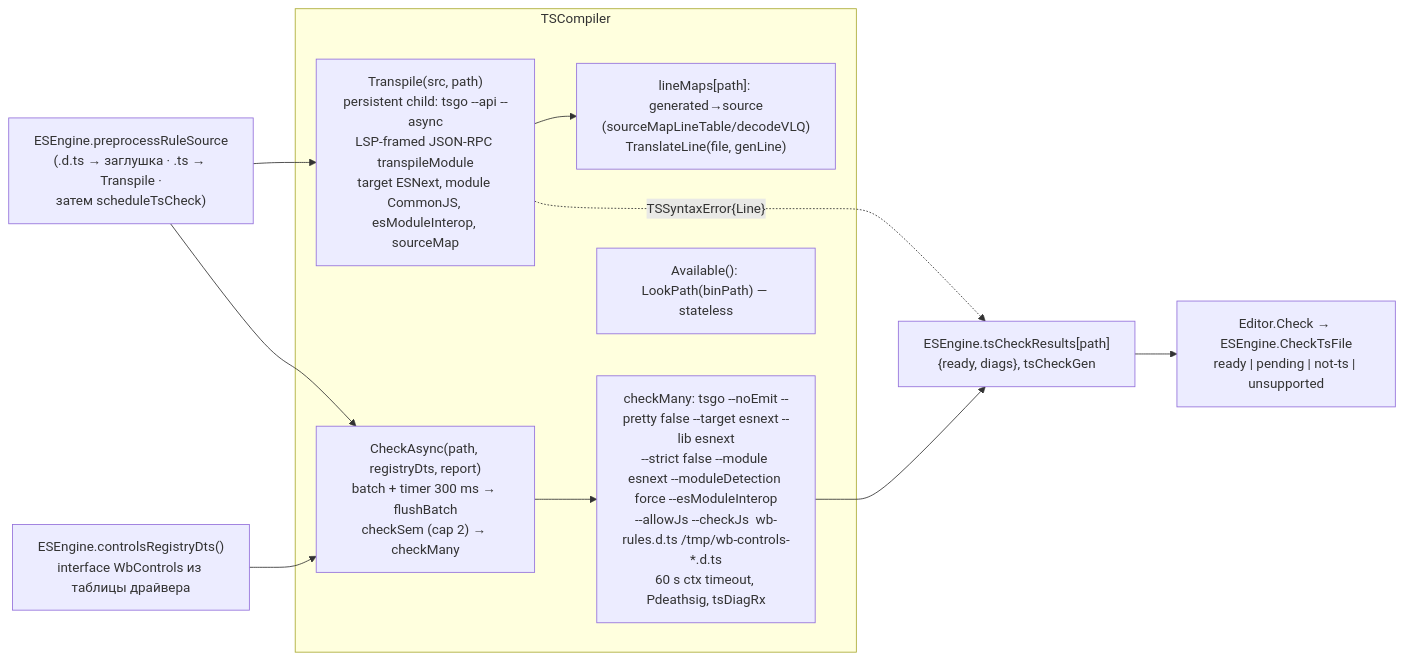
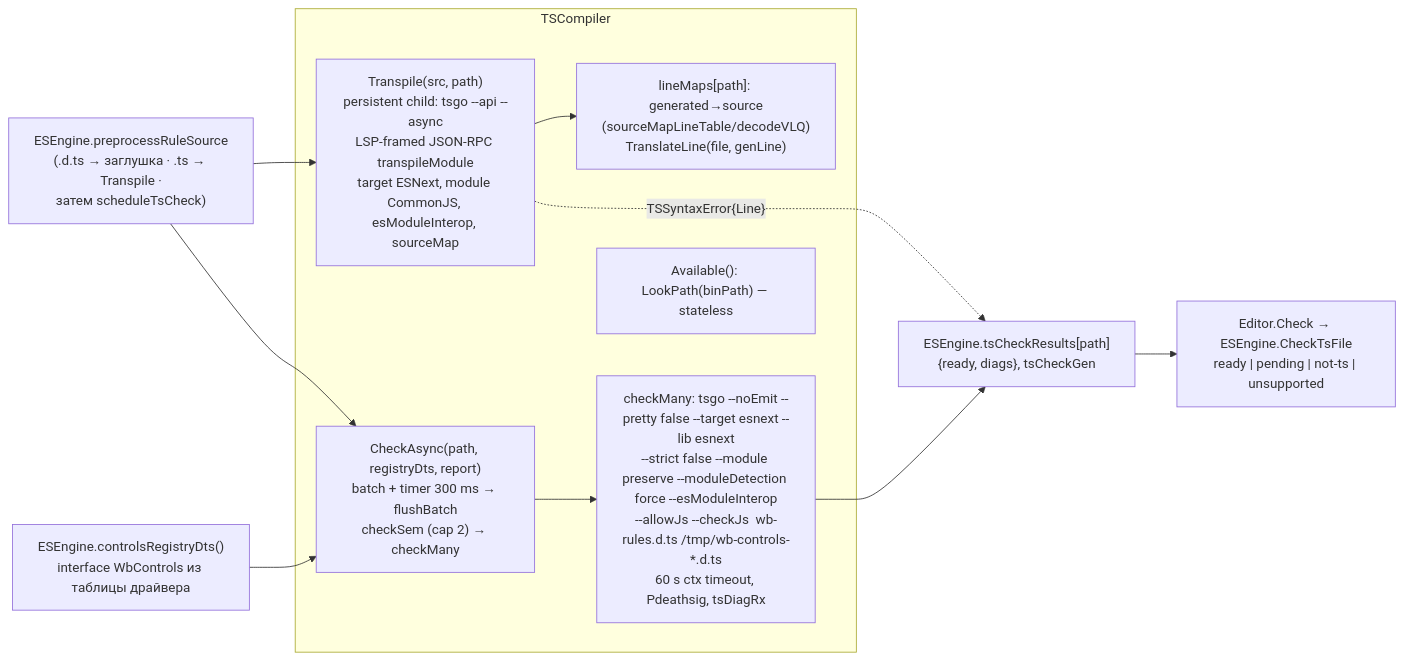
The fourth of 4 diagrams in docs/arc42/05-building-blocks.md (wirenboard/wb-rules), drawn with Mermaid before and after one commit. The commit also changed other lines of this file and 20 other files, not shown here.

````diff
--- a/docs/arc42/05-building-blocks.md
+++ b/docs/arc42/05-building-blocks.md
@@ -140,20 +140,20 @@
 ```mermaid
 graph LR
     subgraph TSC["TSCompiler"]
         TR["Transpile(src, path)<br/>persistent child: tsgo --api --async<br/>LSP-framed JSON-RPC transpileModule<br/>target ESNext, module CommonJS, esModuleInterop, sourceMap"]
         LM["lineMaps[path]: generated→source<br/>(sourceMapLineTable/decodeVLQ)<br/>TranslateLine(file, genLine)"]
         CA["CheckAsync(path, registryDts, report)<br/>batch + timer 300 ms → flushBatch<br/>checkSem (cap 2) → checkMany"]
-        CM["checkMany: tsgo --noEmit --pretty false --target esnext --lib esnext<br/>--strict false --module esnext --moduleDetection force --esModuleInterop<br/>--allowJs --checkJs <paths> wb-rules.d.ts /tmp/wb-controls-*.d.ts<br/>60 s ctx timeout, Pdeathsig, tsDiagRx"]
+        CM["checkMany: tsgo --noEmit --pretty false --target esnext --lib esnext<br/>--strict false --module preserve --moduleDetection force --esModuleInterop<br/>--allowJs --checkJs <paths> wb-rules.d.ts /tmp/wb-controls-*.d.ts<br/>60 s ctx timeout, Pdeathsig, tsDiagRx"]
         AV["Available(): LookPath(binPath) — stateless"]
     end
     PRE["ESEngine.preprocessRuleSource<br/>(.d.ts → заглушка · .ts → Transpile ·<br/>затем scheduleTsCheck)"]
     REG["ESEngine.controlsRegistryDts()<br/>interface WbControls из таблицы драйвера"]
     CACHE["ESEngine.tsCheckResults[path]<br/>{ready, diags}, tsCheckGen"]
     EDCHK["Editor.Check → ESEngine.CheckTsFile<br/>ready | pending | not-ts | unsupported"]
     PRE --> TR --> LM
     PRE --> CA
     REG --> CA
     CA --> CM --> CACHE
     CACHE --> EDCHK
     TR -. "TSSyntaxError{Line}" .-> CACHE
 ```
````
